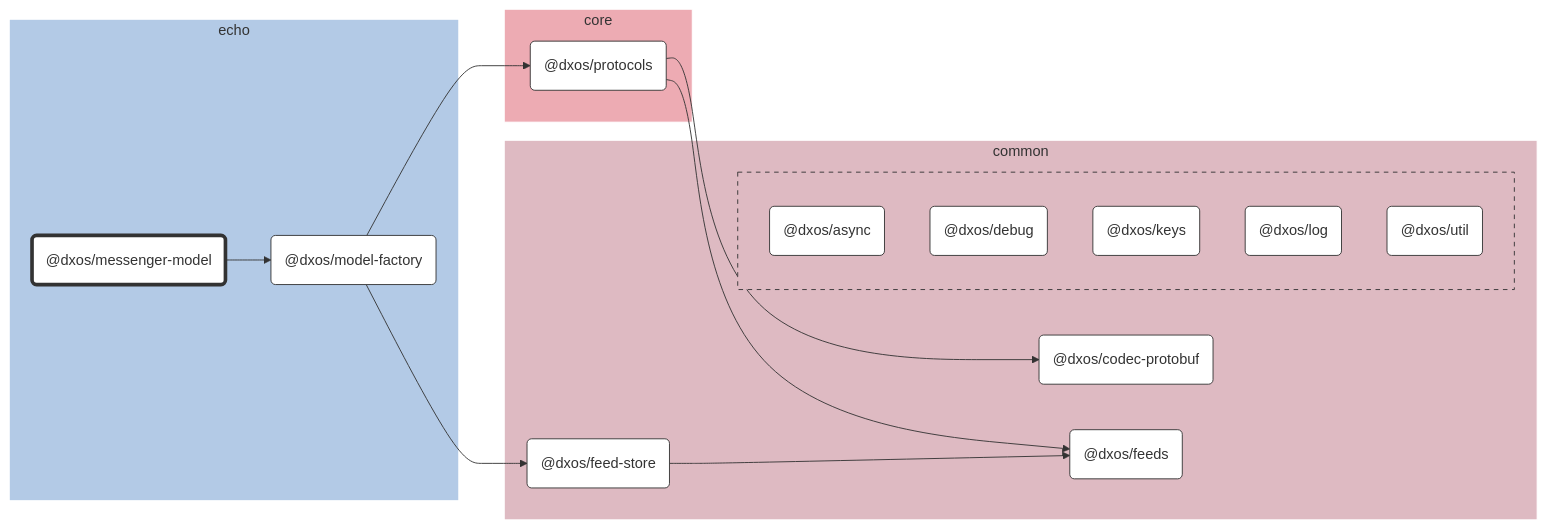
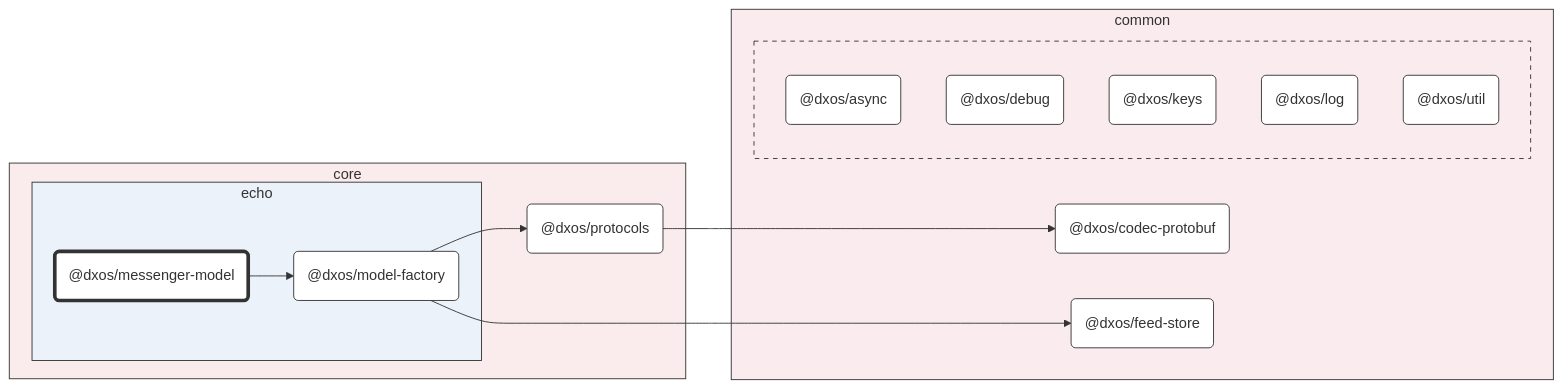
Before and after one commit to dxos/dxos: the diagram in packages/core/echo/messenger-model/docs/README.md, drawn with Mermaid. The commit also changed other lines of this file and 93 other files, not shown here.

First line of the commit message:
chore: hierarchical graphs. (#1583)

````diff
--- a/packages/core/echo/messenger-model/docs/README.md
+++ b/packages/core/echo/messenger-model/docs/README.md
@@ -7,58 +7,54 @@
 ```mermaid
 %%{ init: {'flowchart':{'curve':'basis'}} }%%
 
 flowchart LR
 
 %% Classes
 classDef def fill:#fff,stroke:#333,stroke-width:1px
 classDef root fill:#fff,stroke:#333,stroke-width:4px
 
 %% Nodes
 
-subgraph echo [echo]
-  style echo fill:#b3cae6,stroke:#fff
-  dxos/messenger-model("@dxos/messenger-model"):::root
-  click dxos/messenger-model "dxos/dxos/tree/main/packages/core/echo/messenger-model/docs"
-  dxos/model-factory("@dxos/model-factory"):::def
-  click dxos/model-factory "dxos/dxos/tree/main/packages/core/echo/model-factory/docs"
+subgraph core [core]
+  style core fill:#faebec,stroke:#333
+  dxos/protocols("@dxos/protocols"):::def
+  click dxos/protocols "dxos/dxos/tree/main/packages/core/protocols/docs"
+
+  subgraph echo [echo]
+    style echo fill:#ebf2fa,stroke:#333
+    dxos/messenger-model("@dxos/messenger-model"):::root
+    click dxos/messenger-model "dxos/dxos/tree/main/packages/core/echo/messenger-model/docs"
+    dxos/model-factory("@dxos/model-factory"):::def
+    click dxos/model-factory "dxos/dxos/tree/main/packages/core/echo/model-factory/docs"
+  end
 end
 
 subgraph common [common]
-  style common fill:#debac2,stroke:#fff
+  style common fill:#faebee,stroke:#333
   dxos/codec-protobuf("@dxos/codec-protobuf"):::def
   click dxos/codec-protobuf "dxos/dxos/tree/main/packages/common/codec-protobuf/docs"
   dxos/feed-store("@dxos/feed-store"):::def
   click dxos/feed-store "dxos/dxos/tree/main/packages/common/feed-store/docs"
-  dxos/feeds("@dxos/feeds"):::def
-  click dxos/feeds "dxos/dxos/tree/main/packages/common/feeds/docs"
 
-  subgraph common-excluded [ ]
-    style common-excluded fill:#debac2,stroke:#333,stroke-dasharray:5 5
+  subgraph _ [ ]
+    style _ fill:#faebee,stroke:#333,stroke-dasharray:5 5
     dxos/async("@dxos/async"):::def
     click dxos/async "dxos/dxos/tree/main/packages/common/async/docs"
     dxos/debug("@dxos/debug"):::def
     click dxos/debug "dxos/dxos/tree/main/packages/common/debug/docs"
     dxos/keys("@dxos/keys"):::def
     click dxos/keys "dxos/dxos/tree/main/packages/common/keys/docs"
     dxos/log("@dxos/log"):::def
     click dxos/log "dxos/dxos/tree/main/packages/common/log/docs"
     dxos/util("@dxos/util"):::def
     click dxos/util "dxos/dxos/tree/main/packages/common/util/docs"
   end
 end
 
-subgraph core [core]
-  style core fill:#edabb3,stroke:#fff
-  dxos/protocols("@dxos/protocols"):::def
-  click dxos/protocols "dxos/dxos/tree/main/packages/core/protocols/docs"
-end
-
 %% Links
 linkStyle default stroke:#333,stroke-width:1px
 dxos/messenger-model --> dxos/model-factory
 dxos/model-factory --> dxos/feed-store
-dxos/feed-store --> dxos/feeds
 dxos/model-factory --> dxos/protocols
 dxos/protocols --> dxos/codec-protobuf
-dxos/protocols --> dxos/feeds
 ```
````
